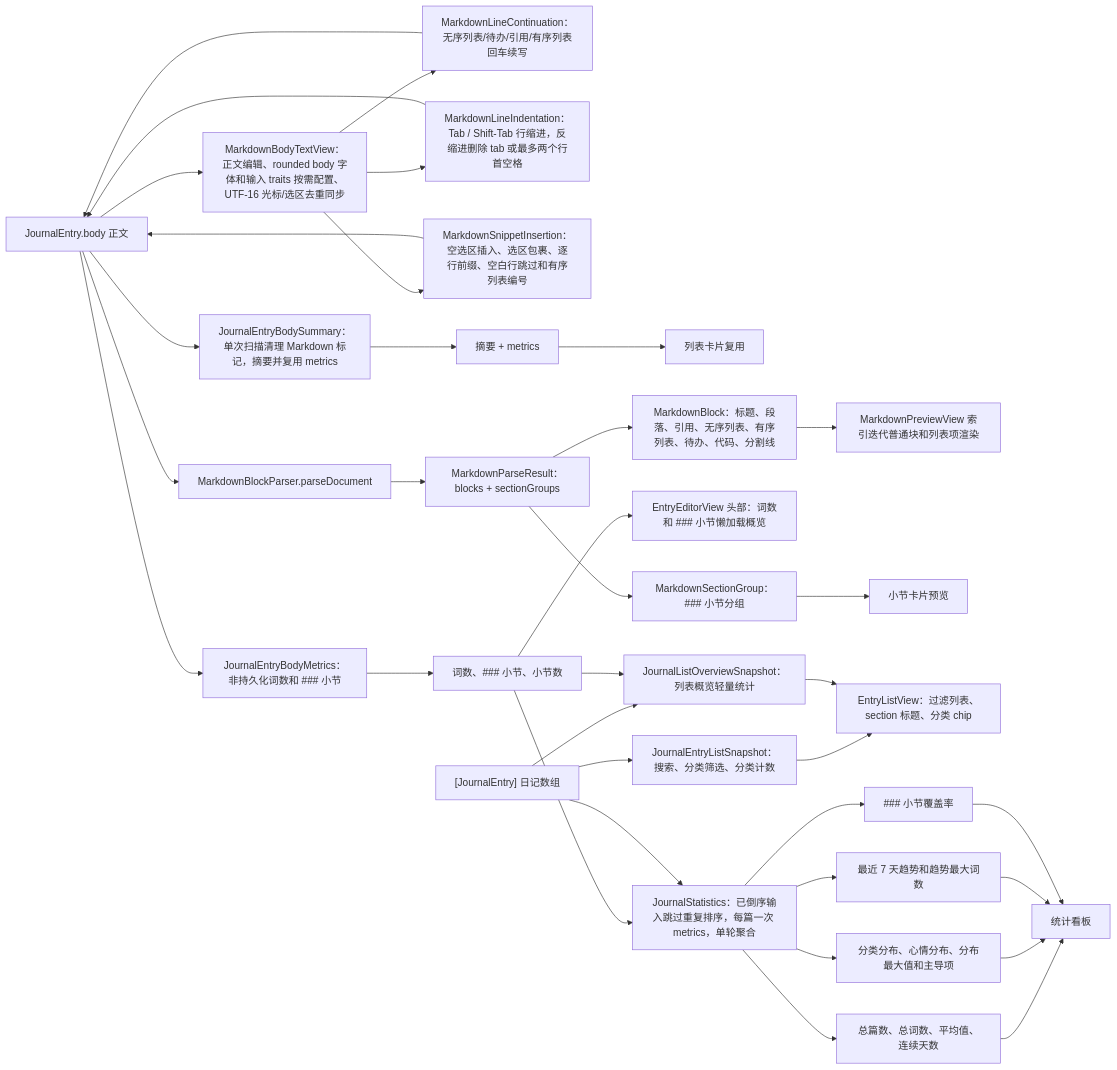
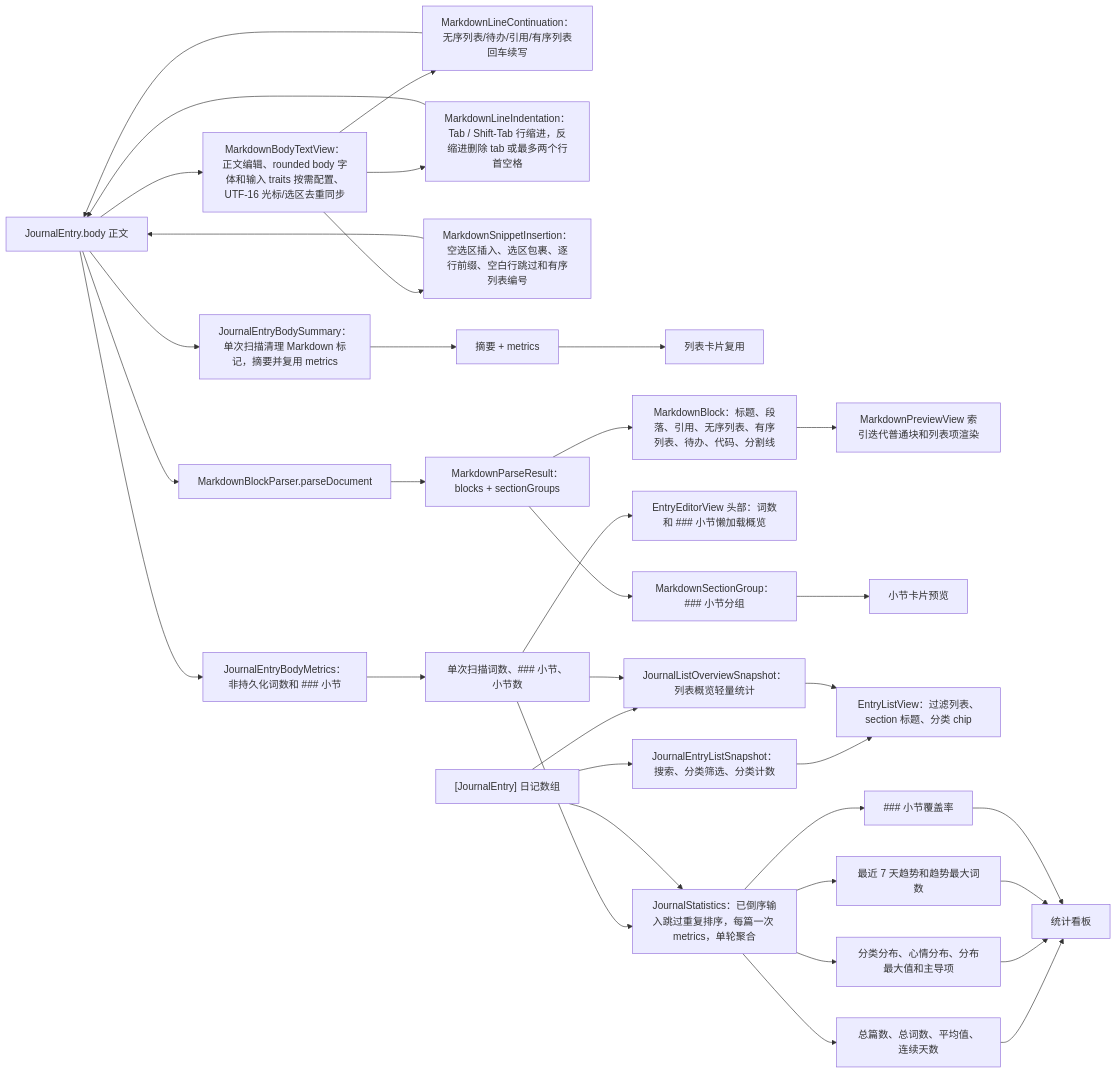
Before and after one commit to Altman-sam114/117: the fourth of 6 diagrams in md/flow/flowchart.md, drawn with Mermaid. The commit also changed other lines of this file and 8 other files, not shown here.

````diff
--- a/md/flow/flowchart.md
+++ b/md/flow/flowchart.md
@@ -121,37 +121,37 @@
 ```mermaid
 flowchart LR
   Body["JournalEntry.body 正文"] --> MetricsNode2["JournalEntryBodyMetrics：非持久化词数和 ### 小节"]
   Body --> Summary["JournalEntryBodySummary：单次扫描清理 Markdown 标记，摘要并复用 metrics"]
   Body --> BodyText["MarkdownBodyTextView：正文编辑、rounded body 字体和输入 traits 按需配置、UTF-16 光标/选区去重同步"]
   BodyText --> ContinueRule["MarkdownLineContinuation：无序列表/待办/引用/有序列表回车续写"]
   ContinueRule --> Body
   BodyText --> IndentRule["MarkdownLineIndentation：Tab / Shift-Tab 行缩进，反缩进删除 tab 或最多两个行首空格"]
   IndentRule --> Body
   BodyText --> InsertRule["MarkdownSnippetInsertion：空选区插入、选区包裹、逐行前缀、空白行跳过和有序列表编号"]
   InsertRule --> Body
-  MetricsNode2 --> MetricsData["词数、### 小节、小节数"]
+  MetricsNode2 --> MetricsData["单次扫描词数、### 小节、小节数"]
   Summary --> Excerpt["摘要 + metrics"]
   Excerpt --> RowEditor["列表卡片复用"]
   MetricsData --> Statistics["JournalStatistics：已倒序输入跳过重复排序，每篇一次 metrics，单轮聚合"]
   MetricsData --> EditorHeader["EntryEditorView 头部：词数和 ### 小节懒加载概览"]
   Body --> Parse["MarkdownBlockParser.parseDocument"]
   Parse --> Result["MarkdownParseResult：blocks + sectionGroups"]
   Result --> Blocks["MarkdownBlock：标题、段落、引用、无序列表、有序列表、待办、代码、分割线"]
   Blocks --> Preview["MarkdownPreviewView 索引迭代普通块和列表项渲染"]
   Result --> Sections["MarkdownSectionGroup：### 小节分组"]
   Sections --> SectionPreview["小节卡片预览"]
   Entries["[JournalEntry] 日记数组"] --> Statistics
   Entries --> ListSnapshot2["JournalEntryListSnapshot：搜索、分类筛选、分类计数"]
   ListSnapshot2 --> ListView["EntryListView：过滤列表、section 标题、分类 chip"]
   Entries --> ListOverview2["JournalListOverviewSnapshot：列表概览轻量统计"]
   MetricsData --> ListOverview2
   ListOverview2 --> ListView
   Statistics --> Metrics["总篇数、总词数、平均值、连续天数"]
   Statistics --> Distributions["分类分布、心情分布、分布最大值和主导项"]
   Statistics --> Trend["最近 7 天趋势和趋势最大词数"]
   Statistics --> Coverage["### 小节覆盖率"]
   Metrics --> Dashboard["统计看板"]
   Distributions --> Dashboard
   Trend --> Dashboard
   Coverage --> Dashboard
 ```
````
